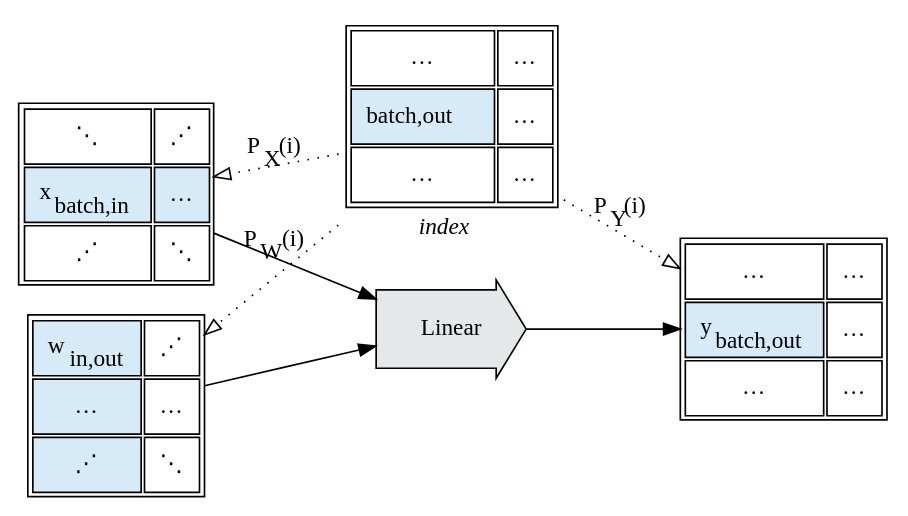
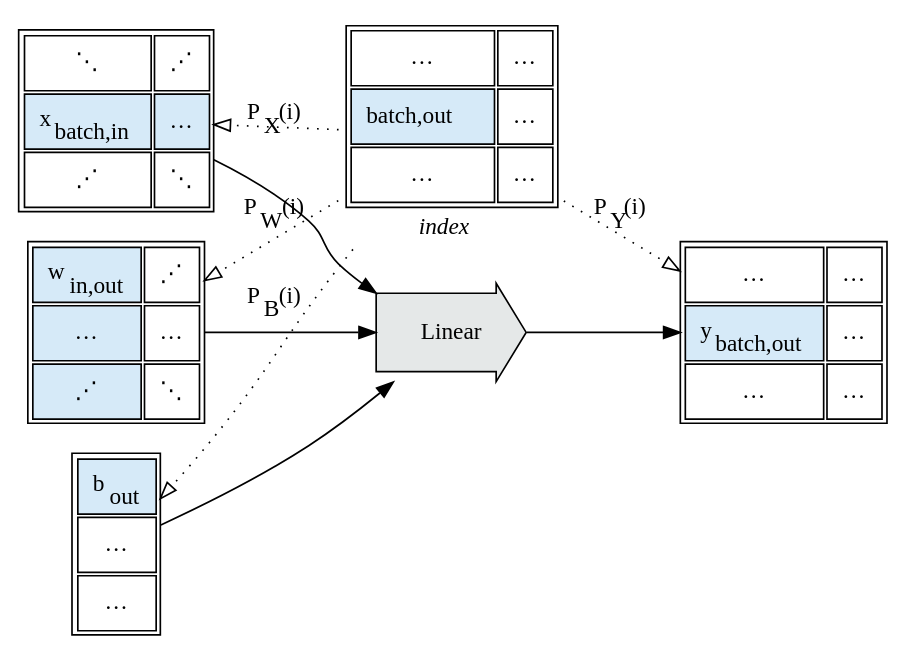
Before and after one commit to crutcher/crutcher.github.io-source: diagram 27 of 27 in source/Tapestry/index.md, drawn with Graphviz. The commit also changed other lines of this file and 1 other file, not shown here.

Commit message:
add b to linear diagrams

```diff
--- a/source/Tapestry/index.md
+++ b/source/Tapestry/index.md
@@ -3460,6 +3479,23 @@
         >,
     ];
 
+    b [
+        shape="plain",
+        label=<
+        <table cellpadding="8">
+            <tr>
+                <td bgcolor="#D6EAF8">b<sub>out</sub></td>
+                </tr>
+            <tr>
+                <td>…</td>
+                </tr>
+            <tr>
+                <td>…</td>
+                </tr>
+            </table>
+        >,
+    ];
+
     Linear [
         label=Linear,
         shape=rarrow,
@@ -3490,9 +3526,11 @@
 
     x -> Linear;
     w -> Linear;
+    b -> Linear;
     Linear -> y;
 
     idx -> x [label=<P<sub>X</sub>(i)>, constraint=false, style=dotted, arrowhead=empty];
+    idx -> b [label=<P<sub>B</sub>(i)>, constraint=false, style=dotted, arrowhead=empty];
     idx -> w [label=<P<sub>W</sub>(i)>, constraint=false, style=dotted, arrowhead=empty];
     idx -> y [label=<P<sub>Y</sub>(i)>, constraint=false, style=dotted, arrowhead=empty];
 
```
